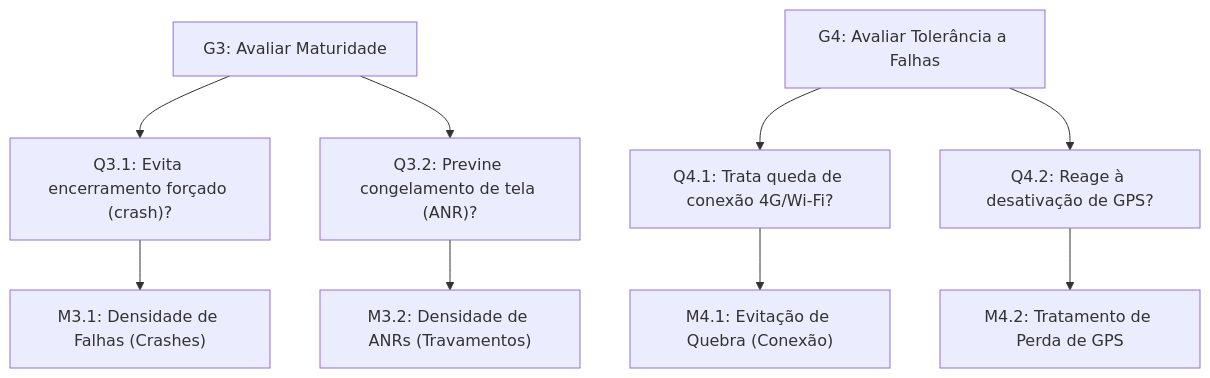
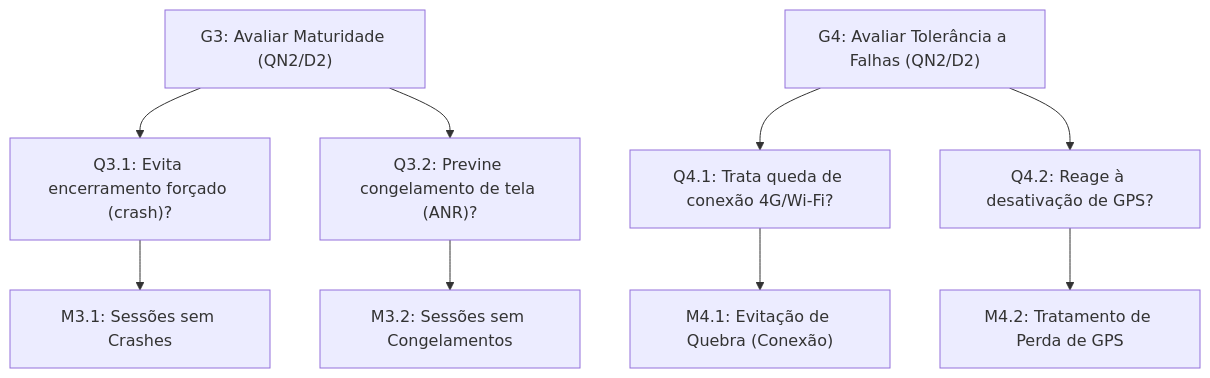
Before and after one commit to FCTE-Qualidade-de-Software-1/2026-2_T02_CAROL_SHAW: the second of 3 diagrams in docs/fase2/rastreabilidade-diagrama GQM.md, drawn with Mermaid. The commit also changed other lines of this file and 6 other files, not shown here.

````diff
--- a/docs/fase2/rastreabilidade-diagrama GQM.md
+++ b/docs/fase2/rastreabilidade-diagrama GQM.md
@@ -56,13 +63,13 @@
 ```mermaid
 flowchart TD
-    G3["G3: Avaliar Maturidade"] --> Q31["Q3.1: Evita encerramento forçado (crash)?"]
+    G3["G3: Avaliar Maturidade (QN2/D2)"] --> Q31["Q3.1: Evita encerramento forçado (crash)?"]
     G3 --> Q32["Q3.2: Previne congelamento de tela (ANR)?"]
 
-    G4["G4: Avaliar Tolerância a Falhas"] --> Q41["Q4.1: Trata queda de conexão 4G/Wi-Fi?"]
+    G4["G4: Avaliar Tolerância a Falhas (QN2/D2)"] --> Q41["Q4.1: Trata queda de conexão 4G/Wi-Fi?"]
     G4 --> Q42["Q4.2: Reage à desativação de GPS?"]
 
-    Q31 --> M31["M3.1: Densidade de Falhas (Crashes)"]
-    Q32 --> M32["M3.2: Densidade de ANRs (Travamentos)"]
+    Q31 --> M31["M3.1: Sessões sem Crashes"]
+    Q32 --> M32["M3.2: Sessões sem Congelamentos"]
     Q41 --> M41["M4.1: Evitação de Quebra (Conexão)"]
     Q42 --> M42["M4.2: Tratamento de Perda de GPS"]
 ```
````
